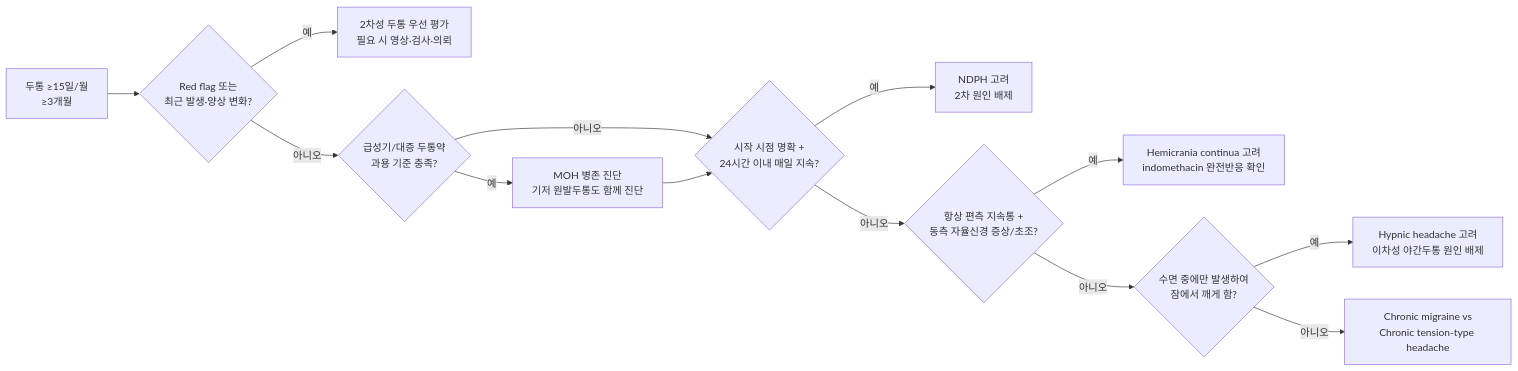
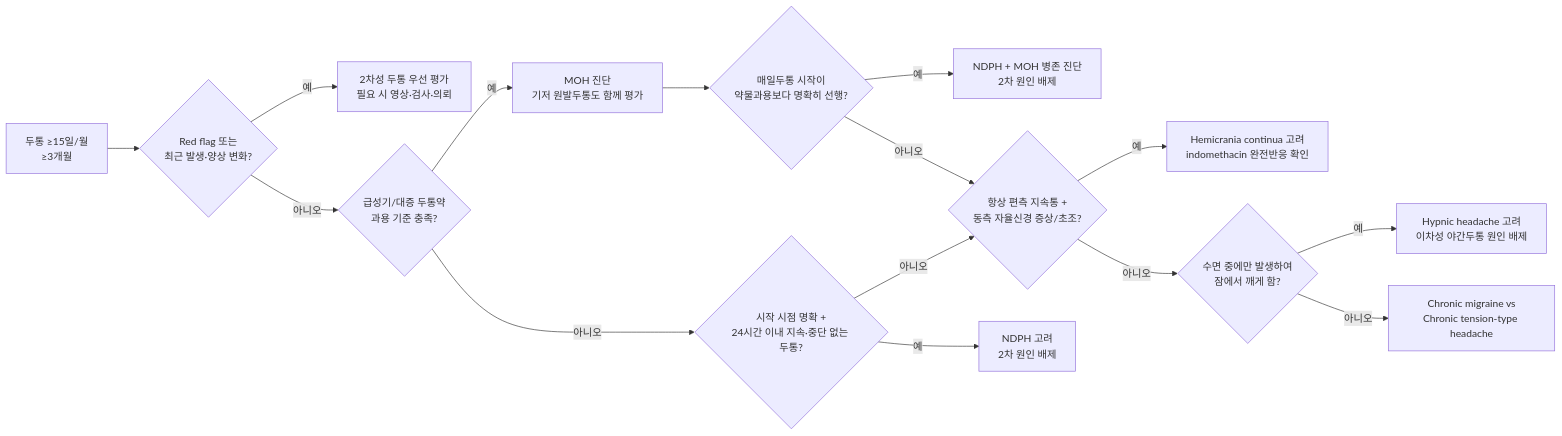
One commit to familyoh77/familyoh77 changed the diagram in 221_/018_-chronic-headache.md. Above: the diagram before and after it, drawn with Mermaid. The commit also changed other lines of this file, not shown here.

````diff
--- a/221_/018_-chronic-headache.md
+++ b/221_/018_-chronic-headache.md
@@ -31,15 +31,17 @@
 ```mermaid
 flowchart LR
     A["두통 ≥15일/월<br/>≥3개월"] --> B{"Red flag 또는<br/>최근 발생·양상 변화?"}
     B -- "예" --> C["2차성 두통 우선 평가<br/>필요 시 영상·검사·의뢰"]
     B -- "아니오" --> D{"급성기/대증 두통약<br/>과용 기준 충족?"}
-    D -- "예" --> E["MOH 병존 진단<br/>기저 원발두통도 함께 진단"]
-    D -- "아니오" --> F{"시작 시점 명확 +<br/>24시간 이내 매일 지속?"}
-    E --> F
-    F -- "예" --> G["NDPH 고려<br/>2차 원인 배제"]
-    F -- "아니오" --> H{"항상 편측 지속통 +<br/>동측 자율신경 증상/초조?"}
+    D -- "예" --> E["MOH 진단<br/>기저 원발두통도 함께 평가"]
+    D -- "아니오" --> F{"시작 시점 명확 +<br/>24시간 이내 지속·중단 없는 두통?"}
+    E --> E1{"매일두통 시작이<br/>약물과용보다 명확히 선행?"}
+    E1 -- "예" --> G["NDPH + MOH 병존 진단<br/>2차 원인 배제"]
+    E1 -- "아니오" --> H{"항상 편측 지속통 +<br/>동측 자율신경 증상/초조?"}
+    F -- "예" --> G1["NDPH 고려<br/>2차 원인 배제"]
+    F -- "아니오" --> H
     H -- "예" --> I["Hemicrania continua 고려<br/>indomethacin 완전반응 확인"]
     H -- "아니오" --> J{"수면 중에만 발생하여<br/>잠에서 깨게 함?"}
     J -- "예" --> K["Hypnic headache 고려<br/>이차성 야간두통 원인 배제"]
     J -- "아니오" --> L["Chronic migraine vs<br/>Chronic tension-type headache"]
 ```
````
